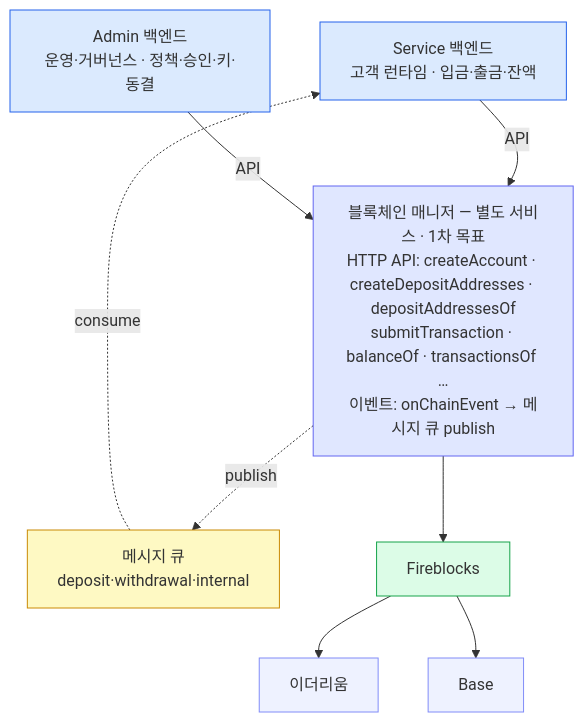
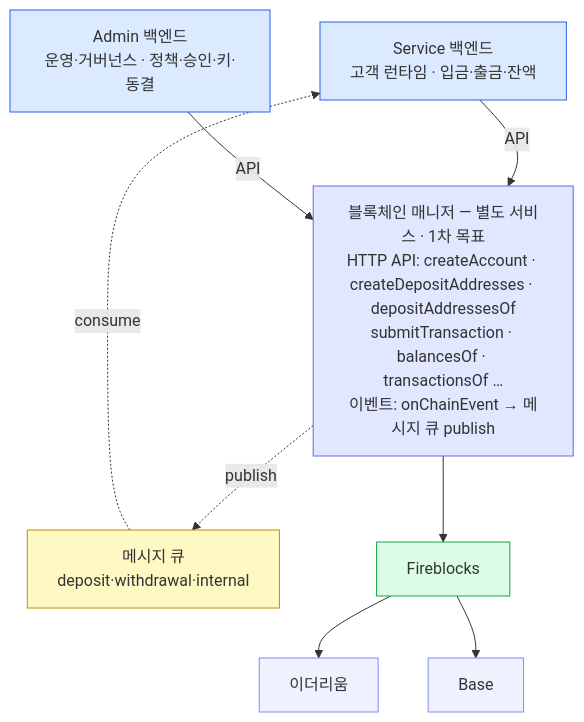
The first of 2 diagrams in blockchain-manager/docs/블록체인매니저/설계/00-cast.md (eunsujeo/eunpus), drawn with Mermaid before and after one commit. The commit also changed other lines of this file and 11 other files, not shown here.

````diff
--- a/blockchain-manager/docs/블록체인매니저/설계/00-cast.md
+++ b/blockchain-manager/docs/블록체인매니저/설계/00-cast.md
@@ -20,29 +20,29 @@
 ```mermaid
 flowchart TB
     SVC["Service 백엔드<br/>고객 런타임 · 입금·출금·잔액"]
     ADM["Admin 백엔드<br/>운영·거버넌스 · 정책·승인·키·동결"]
-    BM["블록체인 매니저 — 별도 서비스 · 1차 목표<br/>HTTP API: createAccount · createDepositAddresses · depositAddressesOf<br/>submitTransaction · balanceOf · transactionsOf …<br/>이벤트: onChainEvent → 메시지 큐 publish"]
+    BM["블록체인 매니저 — 별도 서비스 · 1차 목표<br/>HTTP API: createAccount · createDepositAddresses · depositAddressesOf<br/>submitTransaction · balancesOf · transactionsOf …<br/>이벤트: onChainEvent → 메시지 큐 publish"]
     MQ["메시지 큐<br/>deposit·withdrawal·internal"]
     FB["Fireblocks"]
     ETH["이더리움"]
     BASE["Base"]
 
     SVC -->|API| BM
     ADM -->|API| BM
     BM -.->|publish| MQ
     MQ -.->|consume| SVC
     BM --> FB
     FB --> ETH
     FB --> BASE
 
     classDef be fill:#dbeafe,stroke:#2563eb;
     classDef port fill:#e0e7ff,stroke:#6366f1;
     classDef vendor fill:#dcfce7,stroke:#16a34a;
     classDef chain fill:#eef2ff,stroke:#818cf8;
     classDef mq fill:#fef9c3,stroke:#ca8a04;
     class SVC,ADM be
     class BM port
     class FB vendor
     class ETH,BASE chain
     class MQ mq
 ```
````
